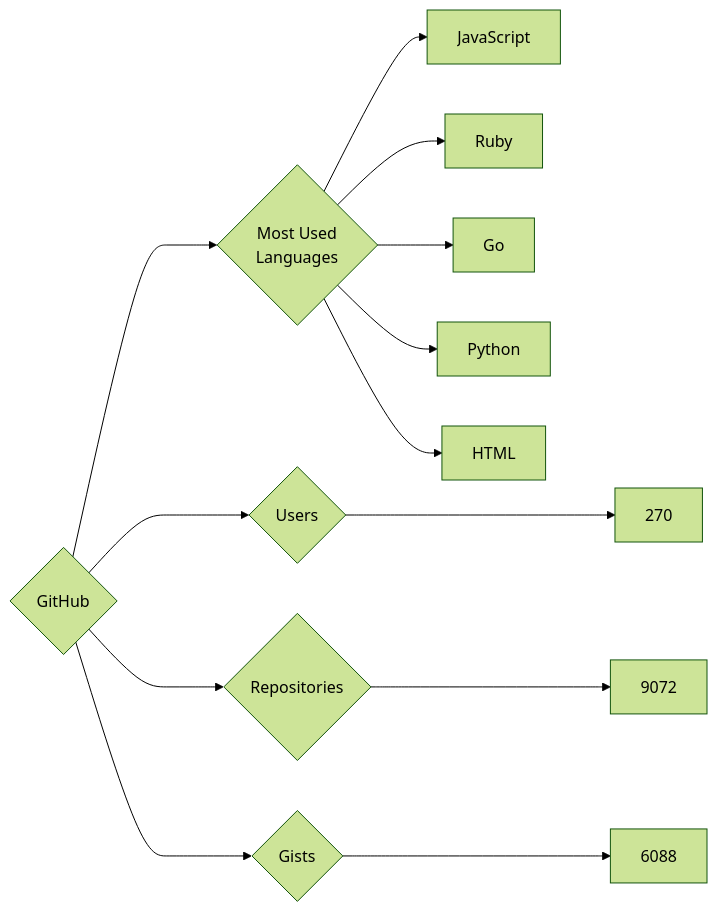
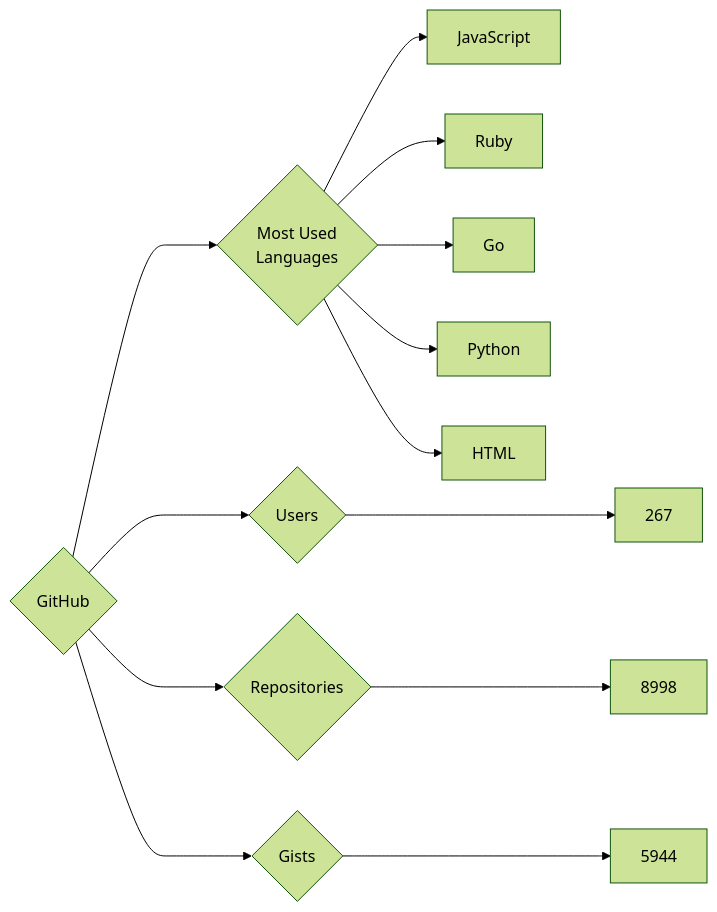
Before and after one commit to trickest/insiders: the diagram in targets/GitHub/README.md, drawn with Mermaid (forest theme). The commit also changed 1030 other files, not shown here.

````diff
--- a/targets/GitHub/README.md
+++ b/targets/GitHub/README.md
@@ -3,13 +3,13 @@
 ```mermaid
 graph LR
 COMPANY_NAME{GitHub}
-COMPANY_NAME ---> U{Users} ---> UN[270]
-COMPANY_NAME ---> R{Repositories} ---> RN[9072]
-COMPANY_NAME ---> G{Gists} ---> GN[6088]
+COMPANY_NAME ---> U{Users} ---> UN[267]
+COMPANY_NAME ---> R{Repositories} ---> RN[8998]
+COMPANY_NAME ---> G{Gists} ---> GN[5944]
 COMPANY_NAME ---> ML{Most Used<br>Languages}
 ML --> JavaScript[JavaScript]
 ML --> Ruby[Ruby]
 ML --> Go[Go]
 ML --> Python[Python]
 ML --> HTML[HTML]
 ```
````
